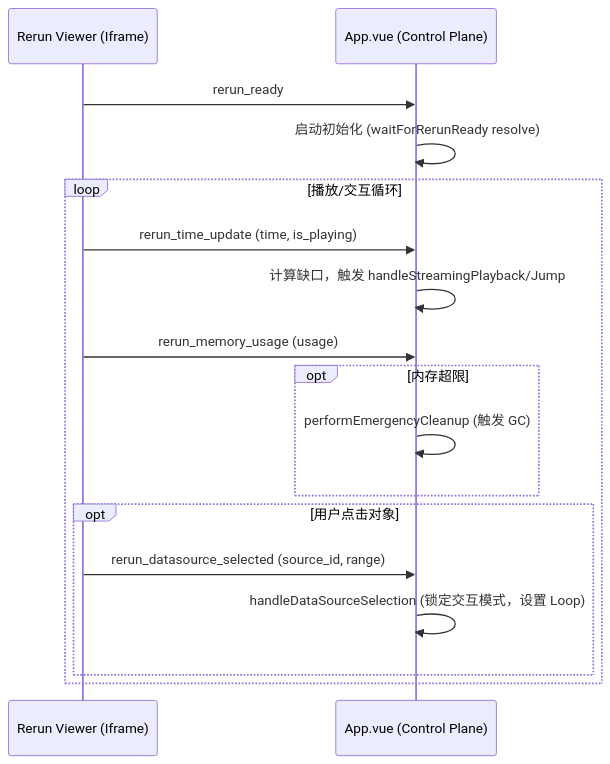
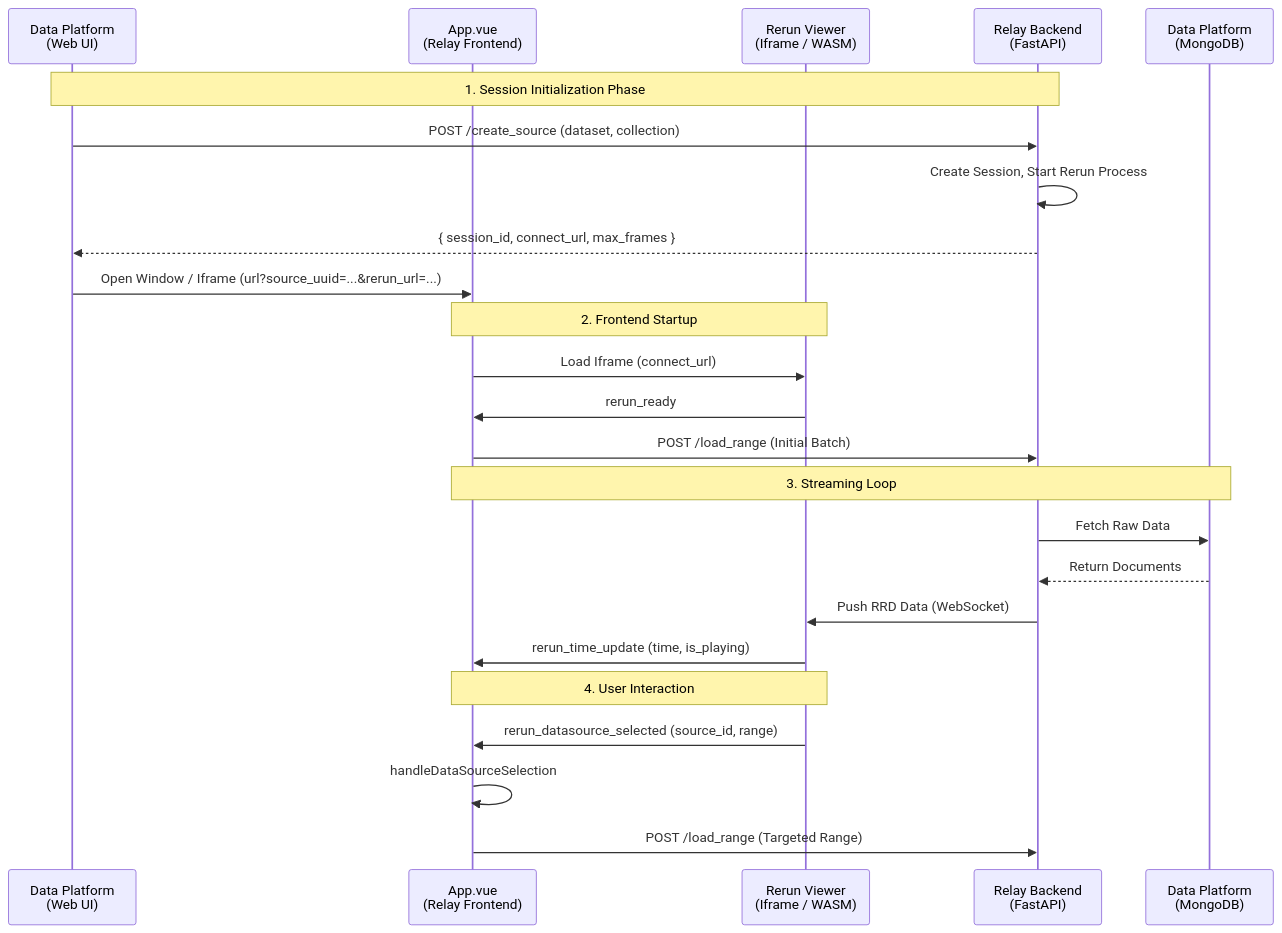
The first of 2 diagrams in README.md (RibbonsAlmark/Relay), drawn with Mermaid before and after one commit. The commit also changed other lines of this file, not shown here.

Commit message:
docs: expand sequence diagram with data platform integration flow

````diff
--- a/README.md
+++ b/README.md
@@ -95,23 +95,31 @@
 ```mermaid
 sequenceDiagram
-    participant Rerun as Rerun Viewer (Iframe)
-    participant Vue as App.vue (Control Plane)
+    participant DP_Web as Data Platform<br/>(Web UI)
+    participant Vue as App.vue<br/>(Relay Frontend)
+    participant Rerun as Rerun Viewer<br/>(Iframe / WASM)
+    participant Relay_BE as Relay Backend<br/>(FastAPI)
+    participant DP_DB as Data Platform<br/>(MongoDB)
+
+    Note over DP_Web, Relay_BE: 1. Session Initialization Phase
+    DP_Web->>Relay_BE: POST /create_source (dataset, collection)
+    Relay_BE->>Relay_BE: Create Session, Start Rerun Process
+    Relay_BE-->>DP_Web: { session_id, connect_url, max_frames }
     
+    DP_Web->>Vue: Open Window / Iframe (url?source_uuid=...&rerun_url=...)
+    
+    Note over Vue, Rerun: 2. Frontend Startup
+    Vue->>Rerun: Load Iframe (connect_url)
     Rerun->>Vue: rerun_ready
-    Vue->>Vue: 启动初始化 (waitForRerunReady resolve)
+    Vue->>Relay_BE: POST /load_range (Initial Batch)
     
-    loop 播放/交互循环
-        Rerun->>Vue: rerun_time_update (time, is_playing)
-        Vue->>Vue: 计算缺口，触发 handleStreamingPlayback/Jump
-        
-        Rerun->>Vue: rerun_memory_usage (usage)
-        opt 内存超限
-            Vue->>Vue: performEmergencyCleanup (触发 GC)
-        end
-        
-        opt 用户点击对象
-            Rerun->>Vue: rerun_datasource_selected (source_id, range)
-            Vue->>Vue: handleDataSourceSelection (锁定交互模式，设置 Loop)
-        end
-    end
+    Note over Vue, DP_DB: 3. Streaming Loop
+    Relay_BE->>DP_DB: Fetch Raw Data
+    DP_DB-->>Relay_BE: Return Documents
+    Relay_BE->>Rerun: Push RRD Data (WebSocket)
+    Rerun->>Vue: rerun_time_update (time, is_playing)
+    
+    Note over Vue, Rerun: 4. User Interaction
+    Rerun->>Vue: rerun_datasource_selected (source_id, range)
+    Vue->>Vue: handleDataSourceSelection
+    Vue->>Relay_BE: POST /load_range (Targeted Range)
 ```
````
